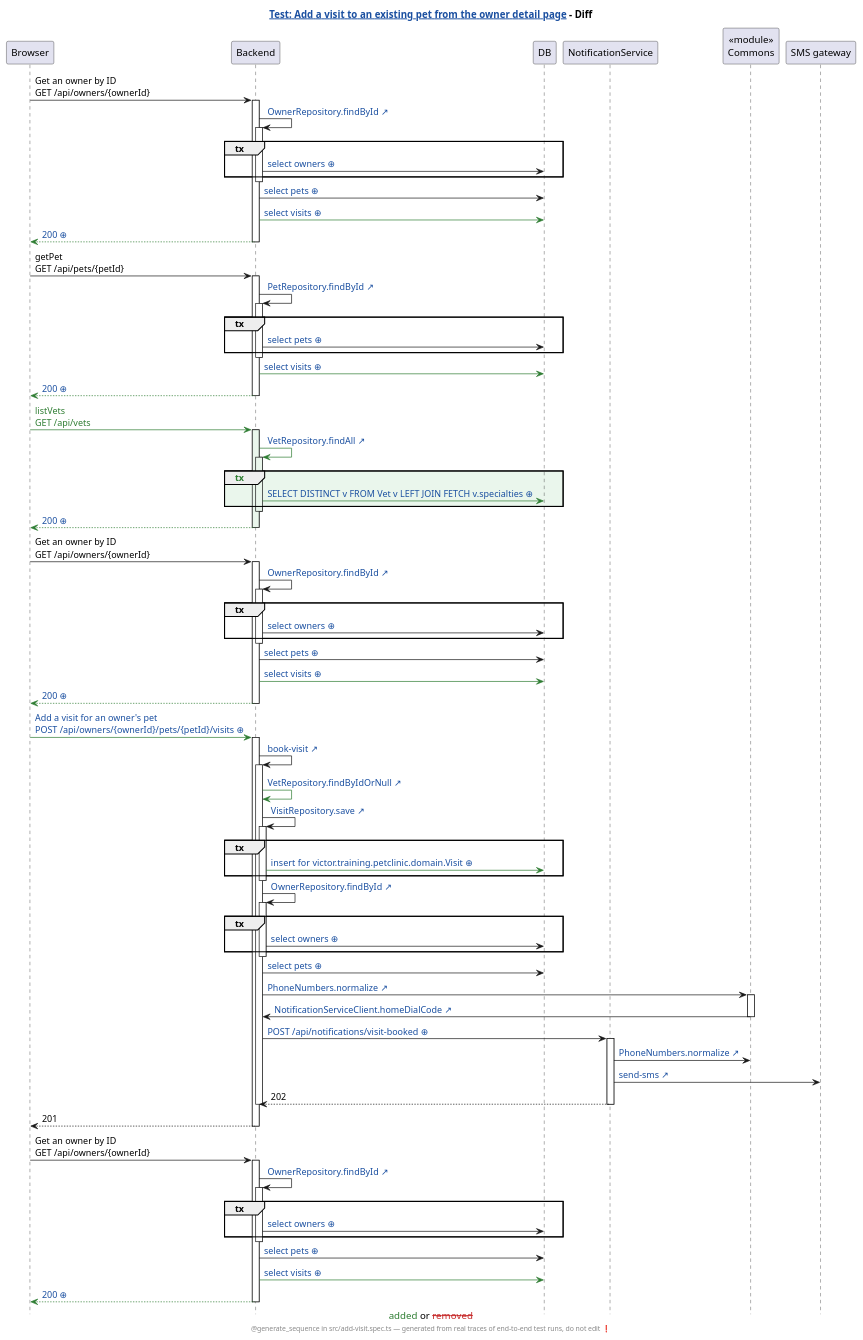
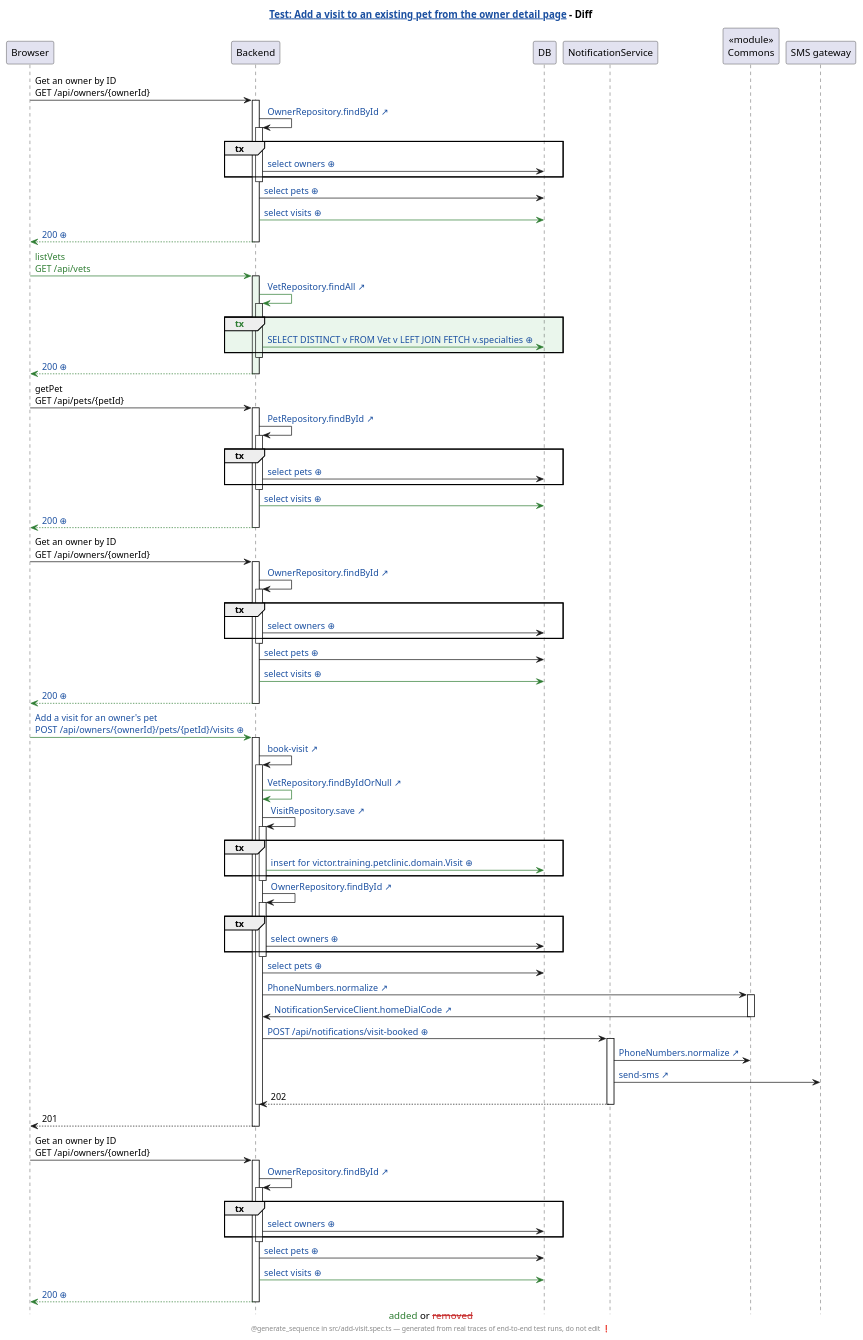
One commit to AgustinOliver98/human-review changed the diagram in demo/demo/assets/diagrams/petclinic-test_generated_add-visit.spec.ts.add-a-visit-to-an-existing-pet-from-the-owner-detail-page.genseq.diff.puml. Above: the diagram before and after it, drawn with PlantUML. The commit also changed 114 other files, not shown here.

```diff
--- a/demo/demo/assets/diagrams/petclinic-test_generated_add-visit.spec.ts.add-a-visit-to-an-existing-pet-from-the-owner-detail-page.genseq.diff.puml
+++ b/demo/demo/assets/diagrams/petclinic-test_generated_add-visit.spec.ts.add-a-visit-to-an-existing-pet-from-the-owner-detail-page.genseq.diff.puml
@@ -1,102 +1,102 @@
 @startuml
 caption <color:#2E7D32>added</color> or <color:#C62828><s>removed</s></color>
 hide footbox
 skinparam hyperlinkUnderline false
 skinparam hyperlinkColor #1A4FA0
 title [[src://petclinic-test/src/add-visit.spec.ts:34{Click to open the test} Test: Add a visit to an existing pet from the owner detail page]] - Diff
 footer @generate_sequence in src/add-visit.spec.ts — generated from real traces of end-to-end test runs, do not edit ❗
 participant Browser
 participant Backend
 participant DB
 participant NotificationService
 participant "«module»\nCommons" as Commons
 participant "SMS gateway"
 Browser -> Backend: Get an owner by ID\nGET /api/owners/{ownerId}
 activate Backend
 Backend -> Backend: [[src://petclinic-backend/src/main/java/victor/training/petclinic/repository/OwnerRepository.java:14{Click to open OwnerRepository.findById} OwnerRepository.findById ↗]]
 activate Backend
 group tx
 Backend -> DB: [[genseq://0x8aana{Click for the statement behind this call} select owners ⊕]]
 end
 deactivate Backend
 Backend -> DB: [[genseq://18567ho{Click for the statement behind this call} select pets ⊕]]
 Backend -[#2E7D32]> DB: [[genseq://1eq1h2q{Click for the statement behind this call} select visits ⊕]]
 Backend -[#2E7D32]-> Browser: [[genseq://1bhasc1{Click for this call’s JSON body} 200 ⊕]]
 deactivate Backend
+Browser -[#2E7D32]> Backend: <color:#2E7D32>listVets</color>\n<color:#2E7D32>GET /api/vets</color>
+activate Backend #EAF6EC
+Backend -[#2E7D32]> Backend: [[src://petclinic-backend/src/main/java/victor/training/petclinic/repository/VetRepository.java:13{Click to open VetRepository.findAll} VetRepository.findAll ↗]]
+activate Backend #EAF6EC
+group #EAF6EC <color:#2E7D32>tx</color>
+Backend -[#2E7D32]> DB: [[genseq://0p6yxbc{Click for the statement behind this call} SELECT DISTINCT v FROM Vet v LEFT JOIN FETCH v.specialties ⊕]]
+end
+deactivate Backend
+Backend -[#2E7D32]-> Browser: [[genseq://1nmg2oo{Click for this call’s JSON body} 200 ⊕]]
+deactivate Backend
 Browser -> Backend: getPet\nGET /api/pets/{petId}
 activate Backend
 Backend -> Backend: [[src://petclinic-backend/src/main/java/victor/training/petclinic/repository/PetRepository.java:16{Click to open PetRepository.findById} PetRepository.findById ↗]]
 activate Backend
 group tx
 Backend -> DB: [[genseq://0y7w2ps{Click for the statement behind this call} select pets ⊕]]
 end
 deactivate Backend
 Backend -[#2E7D32]> DB: [[genseq://1eq1h2q{Click for the statement behind this call} select visits ⊕]]
 Backend -[#2E7D32]-> Browser: [[genseq://0n1gsl8{Click for this call’s JSON body} 200 ⊕]]
-deactivate Backend
-Browser -[#2E7D32]> Backend: <color:#2E7D32>listVets</color>\n<color:#2E7D32>GET /api/vets</color>
-activate Backend #EAF6EC
-Backend -[#2E7D32]> Backend: [[src://petclinic-backend/src/main/java/victor/training/petclinic/repository/VetRepository.java:13{Click to open VetRepository.findAll} VetRepository.findAll ↗]]
-activate Backend #EAF6EC
-group #EAF6EC <color:#2E7D32>tx</color>
-Backend -[#2E7D32]> DB: [[genseq://0p6yxbc{Click for the statement behind this call} SELECT DISTINCT v FROM Vet v LEFT JOIN FETCH v.specialties ⊕]]
-end
-deactivate Backend
-Backend -[#2E7D32]-> Browser: [[genseq://1nmg2oo{Click for this call’s JSON body} 200 ⊕]]
 deactivate Backend
 Browser -> Backend: Get an owner by ID\nGET /api/owners/{ownerId}
 activate Backend
 Backend -> Backend: [[src://petclinic-backend/src/main/java/victor/training/petclinic/repository/OwnerRepository.java:14{Click to open OwnerRepository.findById} OwnerRepository.findById ↗]]
 activate Backend
 group tx
 Backend -> DB: [[genseq://0x8aana{Click for the statement behind this call} select owners ⊕]]
 end
 deactivate Backend
 Backend -> DB: [[genseq://18567ho{Click for the statement behind this call} select pets ⊕]]
 Backend -[#2E7D32]> DB: [[genseq://1eq1h2q{Click for the statement behind this call} select visits ⊕]]
 Backend -[#2E7D32]-> Browser: [[genseq://1bhasc1{Click for this call’s JSON body} 200 ⊕]]
 deactivate Backend
-Browser -[#2E7D32]> Backend: [[genseq://109mfig{Click for this call’s JSON body} Add a visit for an owner's pet\nPOST /api/owners/{ownerId}/pets/{petId}/visits ⊕]]
+Browser -[#2E7D32]> Backend: [[genseq://03ccor4{Click for this call’s JSON body} Add a visit for an owner's pet\nPOST /api/owners/{ownerId}/pets/{petId}/visits ⊕]]
 activate Backend
 Backend -> Backend: [[src://petclinic-backend/src/main/java/victor/training/petclinic/rest/OwnerRestController.java:193{Click to open OwnerRestController.bookVisit} book-visit ↗]]
 activate Backend
 Backend -[#2E7D32]> Backend: [[src://petclinic-backend/src/main/java/victor/training/petclinic/repository/VetRepository.java:19{Click to open VetRepository.findByIdOrNull} VetRepository.findByIdOrNull ↗]]
 Backend -> Backend: [[src://petclinic-backend/src/main/java/victor/training/petclinic/repository/VisitRepository.java:14{Click to open VisitRepository.save} VisitRepository.save ↗]]
 activate Backend
 group tx
-Backend -[#2E7D32]> DB: [[genseq://1ed6113{Click for the statement behind this call} insert for victor.training.petclinic.domain.Visit ⊕]]
+Backend -[#2E7D32]> DB: [[genseq://1vk69av{Click for the statement behind this call} insert for victor.training.petclinic.domain.Visit ⊕]]
 end
 deactivate Backend
 Backend -> Backend: [[src://petclinic-backend/src/main/java/victor/training/petclinic/repository/OwnerRepository.java:14{Click to open OwnerRepository.findById} OwnerRepository.findById ↗]]
 activate Backend
 group tx
 Backend -> DB: [[genseq://0x8aana{Click for the statement behind this call} select owners ⊕]]
 end
 deactivate Backend
 Backend -> DB: [[genseq://18567ho{Click for the statement behind this call} select pets ⊕]]
 Backend -> Commons: [[src://petclinic-commons/src/main/java/victor/training/commons/PhoneNumbers.java:14{Click to open PhoneNumbers.normalize} PhoneNumbers.normalize ↗]]
 activate Commons
 Commons -> Backend: [[src://petclinic-backend/src/main/java/victor/training/petclinic/notification/NotificationServiceClient.java:45{Click to open NotificationServiceClient.homeDialCode} NotificationServiceClient.homeDialCode ↗]]
 deactivate Commons
 Backend -> NotificationService: [[genseq://1p4ogm5{Click for this call’s JSON body} POST /api/notifications/visit-booked ⊕]]
 activate NotificationService
 NotificationService -> Commons: [[src://petclinic-commons/src/main/java/victor/training/commons/PhoneNumbers.java:8{Click to open PhoneNumbers.normalize} PhoneNumbers.normalize ↗]]
 NotificationService -> "SMS gateway": [[src://notification-service/src/main/java/victor/training/notification/SmsGateway.java:23{Click to open SmsGateway.send} send-sms ↗]]
 NotificationService --> Backend: 202
 deactivate NotificationService
 deactivate Backend
 Backend --> Browser: 201
 deactivate Backend
 Browser -> Backend: Get an owner by ID\nGET /api/owners/{ownerId}
 activate Backend
 Backend -> Backend: [[src://petclinic-backend/src/main/java/victor/training/petclinic/repository/OwnerRepository.java:14{Click to open OwnerRepository.findById} OwnerRepository.findById ↗]]
 activate Backend
 group tx
 Backend -> DB: [[genseq://0x8aana{Click for the statement behind this call} select owners ⊕]]
 end
 deactivate Backend
 Backend -> DB: [[genseq://18567ho{Click for the statement behind this call} select pets ⊕]]
 Backend -[#2E7D32]> DB: [[genseq://1eq1h2q{Click for the statement behind this call} select visits ⊕]]
-Backend -[#2E7D32]-> Browser: [[genseq://14gvgwi{Click for this call’s JSON body} 200 ⊕]]
+Backend -[#2E7D32]-> Browser: [[genseq://14tfktm{Click for this call’s JSON body} 200 ⊕]]
 deactivate Backend
 @enduml
```
